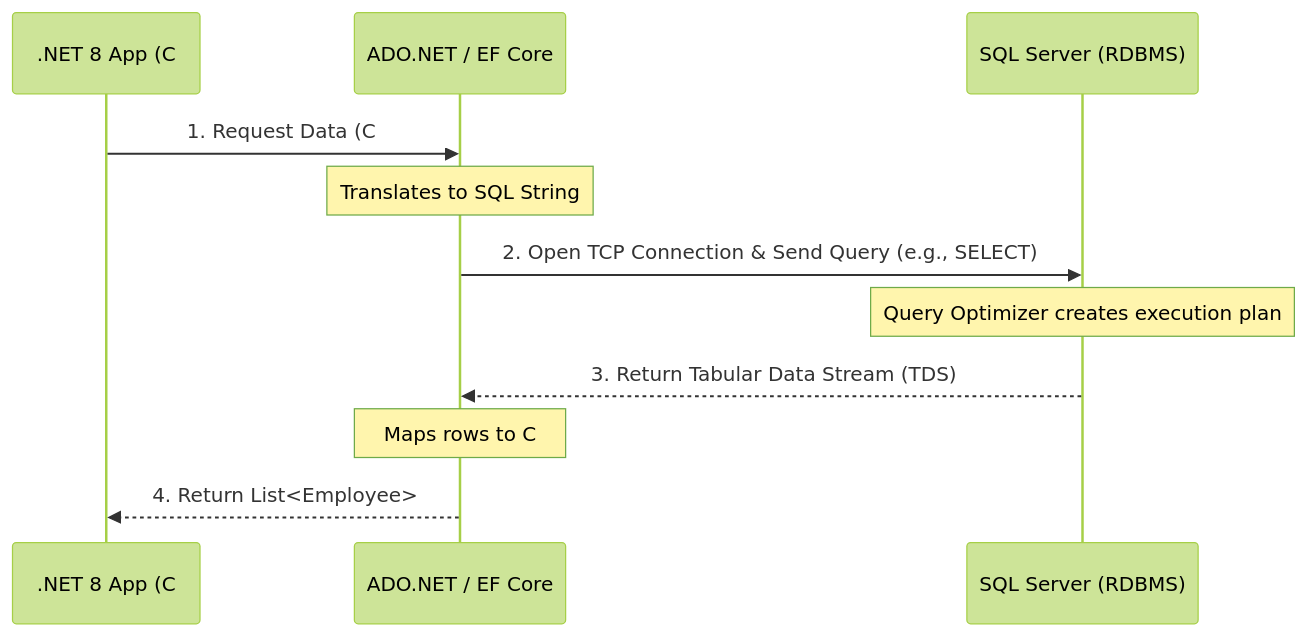
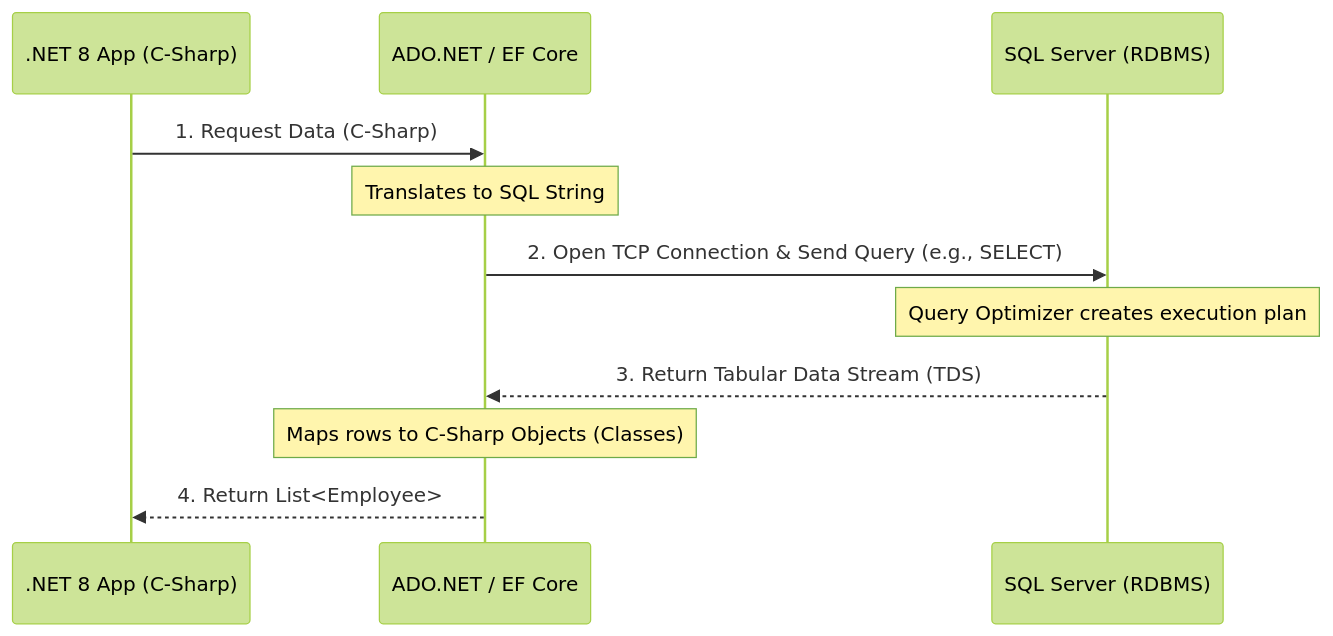
One commit to MinenhleNkosi/SQL-Mastery changed the diagram in Grokking Masterclass Series/Chapters/1/Chapter1.md. Above: the diagram before and after it, drawn with Mermaid (forest theme). The commit also changed other lines of this file, not shown here.

Commit message:
Refine terminology and punctuation in Chapter1.md
Corrected terminology from 'C#' to 'C-Sharp' for consistency and clarity. Fixed punctuation in the explanation of RDBMS importance in .NET.

````diff
--- a/Grokking Masterclass Series/Chapters/1/Chapter1.md
+++ b/Grokking Masterclass Series/Chapters/1/Chapter1.md
@@ -83,14 +83,14 @@
 ```mermaid
 sequenceDiagram
-participant C as .NET 8 App (C#)
+participant C as .NET 8 App (C-Sharp)
 participant ADO as ADO.NET / EF Core
 participant SQL as SQL Server (RDBMS)
 
-    C->>ADO: 1. Request Data (C# code)
+    C->>ADO: 1. Request Data (C-Sharp)
     Note over ADO: Translates to SQL String
     ADO->>SQL: 2. Open TCP Connection & Send Query (e.g., SELECT)
     Note over SQL: Query Optimizer creates execution plan
     SQL-->>ADO: 3. Return Tabular Data Stream (TDS)
-    Note over ADO: Maps rows to C# Objects (Classes)
+    Note over ADO: Maps rows to C-Sharp Objects (Classes)
     ADO-->>C: 4. Return List<Employee>
 ```
````
